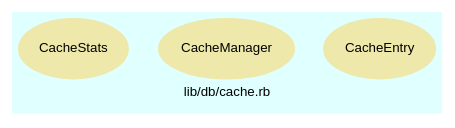
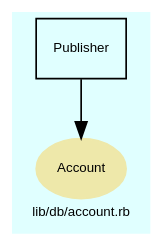
Before and after one commit to Tyche/teensymud: the diagram in doc/dot/f_35.dot, drawn with Graphviz. The commit also changed 198 other files, not shown here.

```diff
--- a/doc/dot/f_35.dot
+++ b/doc/dot/f_35.dot
@@ -1,40 +1,32 @@
 digraph TopLevel {
     compound = true
     bgcolor = lightcyan1
     fontname = Arial
     fontsize = 8
-    label = "lib/db/cache.rb"
+    label = "lib/db/account.rb"
     node [
         fontname = Arial,
         fontsize = 8,
         color = black
     ]
 
-    CacheStats [
+    Account [
         fontcolor = black,
-        URL = "classes/CacheStats.html",
+        URL = "classes/Account.html",
         shape = ellipse,
         color = palegoldenrod,
         style = filled,
-        label = "CacheStats"
+        label = "Account"
     ]
 
-    CacheManager [
-        fontcolor = black,
-        URL = "classes/CacheManager.html",
-        shape = ellipse,
-        color = palegoldenrod,
-        style = filled,
-        label = "CacheManager"
+    Publisher [
+        URL = "classes/Publisher.html",
+        shape = box,
+        label = "Publisher"
     ]
 
-    CacheEntry [
-        fontcolor = black,
-        URL = "classes/CacheEntry.html",
-        shape = ellipse,
-        color = palegoldenrod,
-        style = filled,
-        label = "CacheEntry"
+    Publisher -> Account [
+
     ]
 
 }
```
